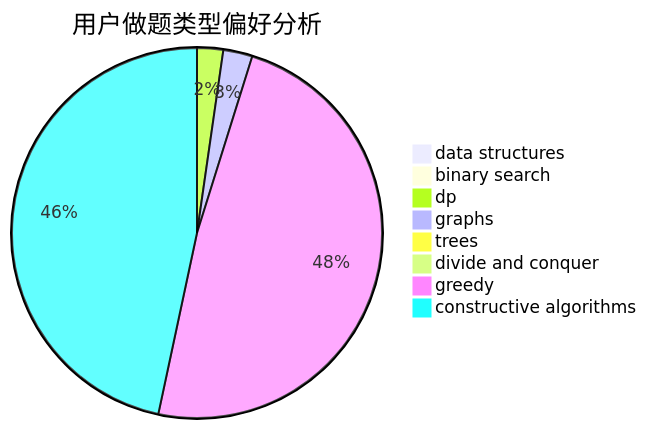
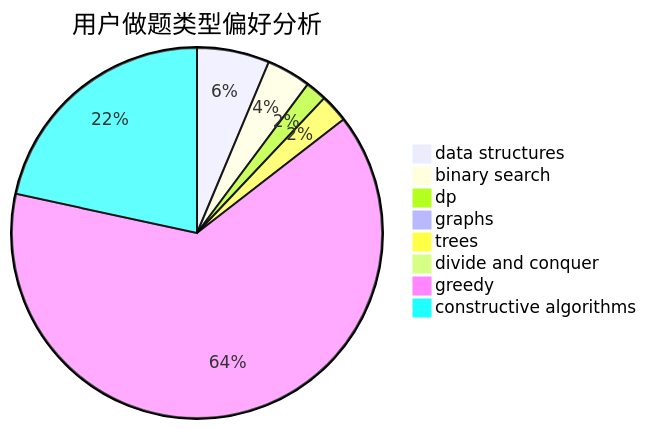
Before and after one commit to sherpahu/cfrs.github.io: the second of 3 diagrams in docs/user/u1497.md, drawn with Mermaid. The commit also changed other lines of this file and 2770 other files, not shown here.

````diff
--- a/docs/user/u1497.md
+++ b/docs/user/u1497.md
@@ -23,11 +23,11 @@
 ```mermaid
 pie title 用户做题类型偏好分析
-    "data structures" :  0
-    "binary search" :  6
-    "dp" :  17
-    "graphs" :  19
-    "trees" :  7
-    "divide and conquer" :  1
-    "greedy" :  362
-    "constructive algorithms" :  348
+    "data structures" :  41
+    "binary search" :  25
+    "dp" :  12
+    "graphs" :  0
+    "trees" :  16
+    "divide and conquer" :  0
+    "greedy" :  414
+    "constructive algorithms" :  140
 ```
````
